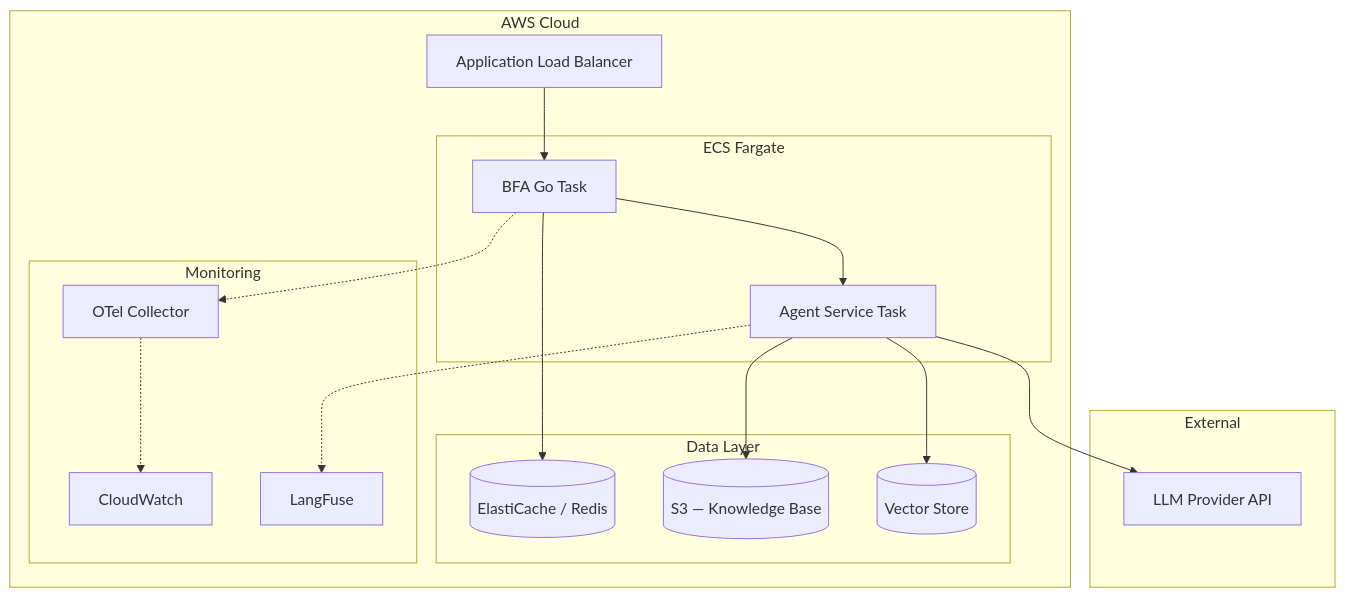
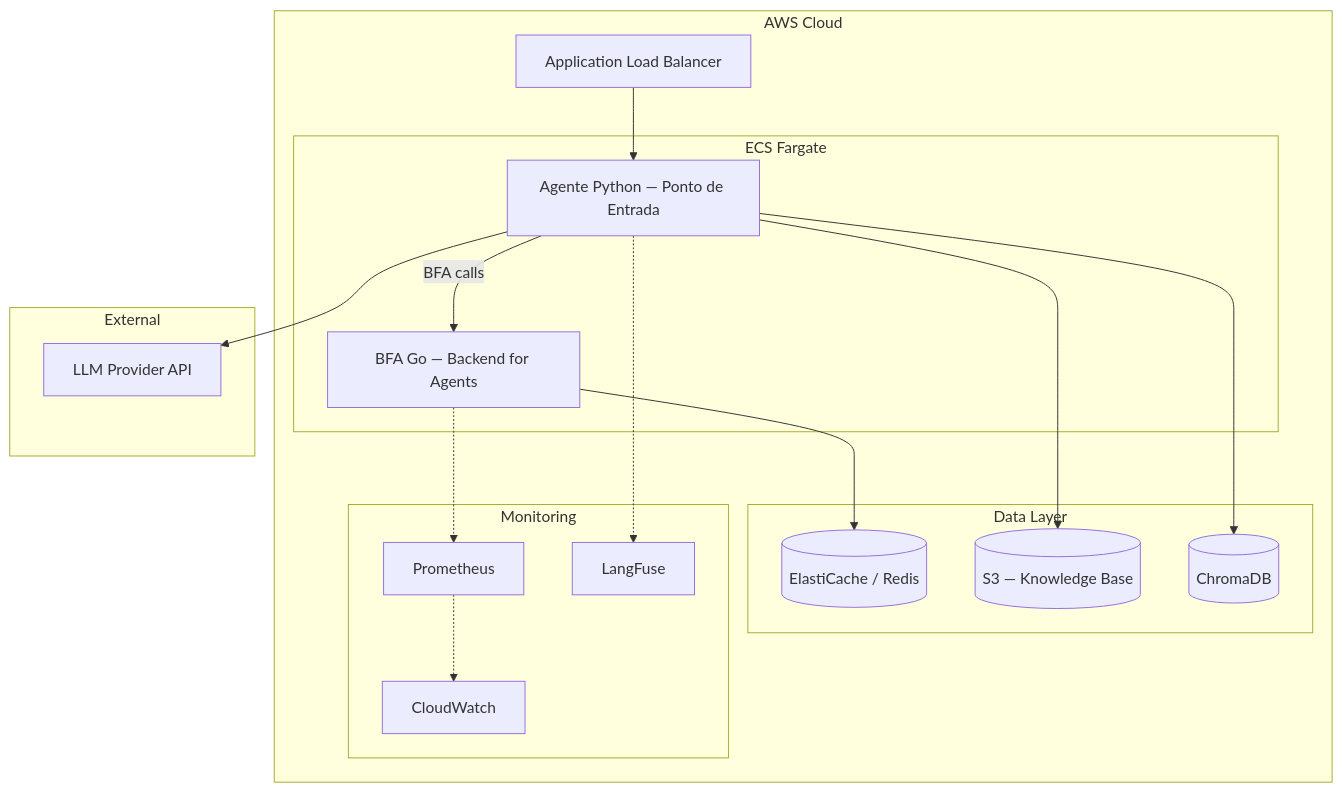
One commit to Kauakfm/ai-banking-assistant changed the fifth of 6 diagrams in docs/architecture.md. Above: the diagram before and after it, drawn with Mermaid. The commit also changed other lines of this file and 38 other files, not shown here.

First line of the commit message:
feat: arquitetura BFA com supervisor multi-agente e MCP

````diff
--- a/docs/architecture.md
+++ b/docs/architecture.md
@@ -133,38 +165,38 @@
 ```mermaid
 graph TB
     subgraph AWS["AWS Cloud"]
         ALB[Application Load Balancer]
 
         subgraph ECS["ECS Fargate"]
-            BFA_TASK[BFA Go Task]
-            AGENT_TASK[Agent Service Task]
+            AGENT_TASK[Agente Python — Ponto de Entrada]
+            BFA_TASK[BFA Go — Backend for Agents]
         end
 
         subgraph DATA["Data Layer"]
             ElastiCache[(ElastiCache / Redis)]
             S3[(S3 — Knowledge Base)]
-            VectorDB[(Vector Store)]
+            VectorDB[(ChromaDB)]
         end
 
         subgraph MONITORING["Monitoring"]
             CloudWatch[CloudWatch]
-            OTEL_COL[OTel Collector]
+            Prometheus[Prometheus]
             LANGFUSE[LangFuse]
         end
 
-        ALB --> BFA_TASK
-        BFA_TASK --> AGENT_TASK
+        ALB --> AGENT_TASK
+        AGENT_TASK -->|BFA calls| BFA_TASK
         BFA_TASK --> ElastiCache
         AGENT_TASK --> VectorDB
         AGENT_TASK --> S3
-        BFA_TASK -.-> OTEL_COL
+        BFA_TASK -.-> Prometheus
         AGENT_TASK -.-> LANGFUSE
-        OTEL_COL -.-> CloudWatch
+        Prometheus -.-> CloudWatch
     end
 
     subgraph EXTERNAL["External"]
         LLM_API[LLM Provider API]
     end
 
     AGENT_TASK --> LLM_API
 ```
````
